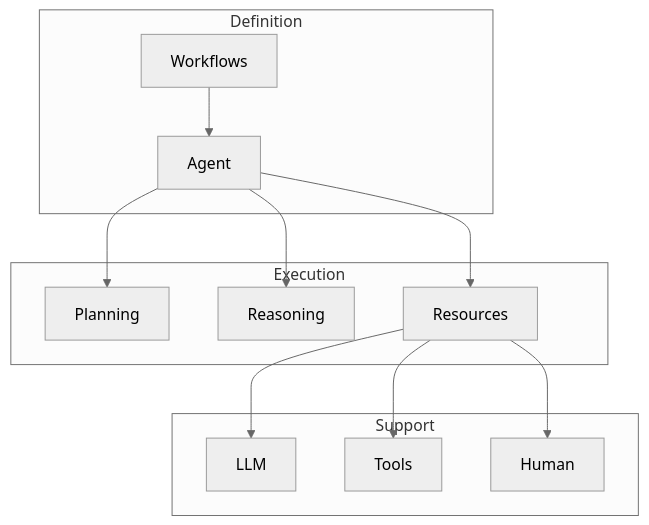
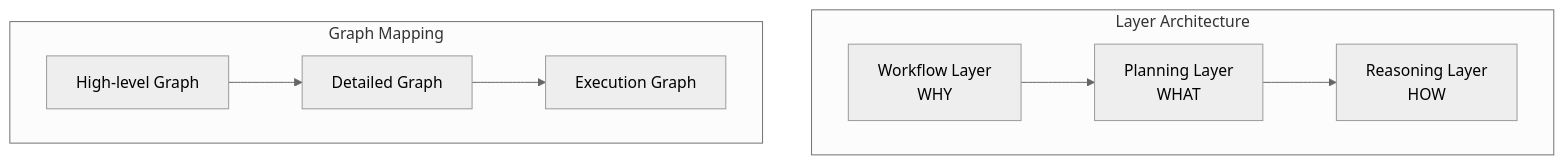
One commit to aitomatic/dana changed the first of 2 diagrams in dxa/core/README.md. Above: the diagram before and after it, drawn with Mermaid (neutral theme). The commit also changed other lines of this file and 1 other file, not shown here.

````diff
--- a/dxa/core/README.md
+++ b/dxa/core/README.md
@@ -15,18 +13,12 @@
 ```mermaid
 graph TB
-    subgraph "Definition"
-        W[Workflows] --> A[Agent]
+    subgraph "Layer Architecture"
+        W[Workflow Layer<br>WHY] --> P[Planning Layer<br>WHAT]
+        P --> R[Reasoning Layer<br>HOW]
     end
-    
-    subgraph "Execution"
-        A --> P[Planning]
-        A --> R[Reasoning]
-        A --> C[Resources]
-    end
-    
-    subgraph "Support"
-        C --> L[LLM]
-        C --> T[Tools]
-        C --> H[Human]
+
+    subgraph "Graph Mapping"
+        G1[High-level Graph] --> G2[Detailed Graph]
+        G2 --> G3[Execution Graph]
     end
 ```
````
